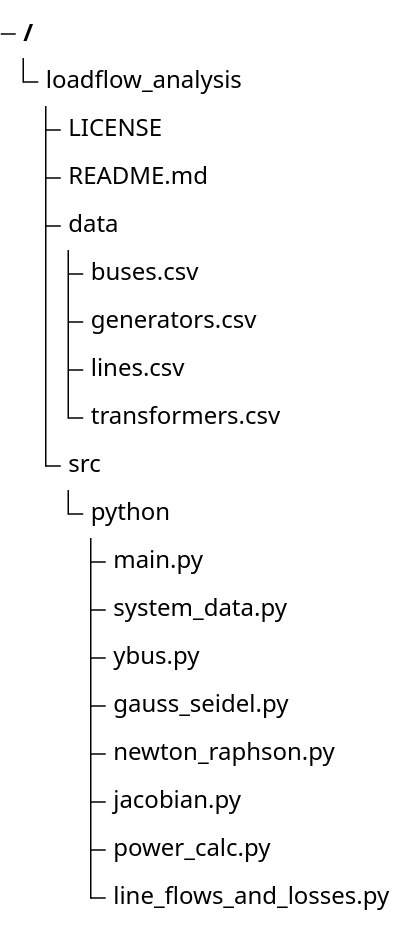
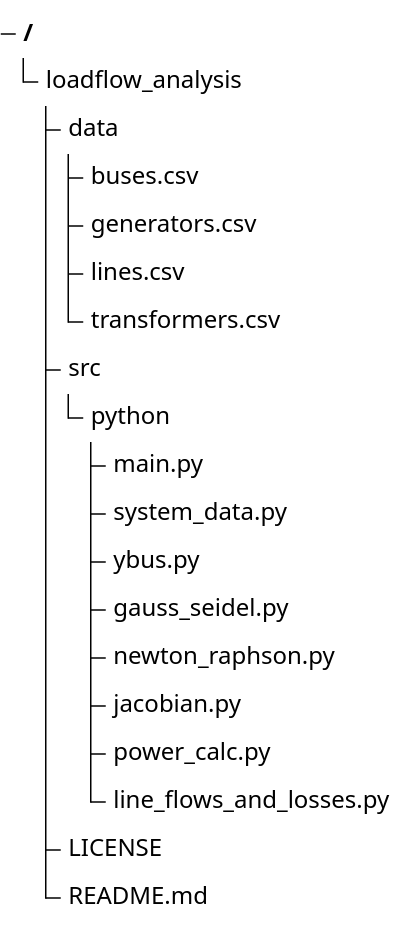
Before and after one commit to sai-power-systems/loadflow-analysis-toolkit: the diagram in README.md, drawn with Mermaid.

Commit message:
treeview3

````diff
--- a/README.md
+++ b/README.md
@@ -23,24 +23,24 @@
 ```mermaid
 treeView-beta
-  loadflow_analysis
-    LICENSE
-    README.md
-    data
-      buses.csv
-      generators.csv
-      lines.csv
-      transformers.csv
-    src
-      python
-        main.py
-        system_data.py
-        ybus.py
-        gauss_seidel.py
-        newton_raphson.py
-        jacobian.py
-        power_calc.py
-        line_flows_and_losses.py
+  ┣━━ loadflow_analysis
+    ┣━━ data
+    ┃   ┣━━ buses.csv
+    ┃   ┣━━ generators.csv
+    ┃   ┣━━ lines.csv
+    ┃   ┗━━ transformers.csv
+    ┣━━ src
+    ┃   ┗━━ python
+    ┃       ┣━━ main.py
+    ┃       ┣━━ system_data.py
+    ┃       ┣━━ ybus.py
+    ┃       ┣━━ gauss_seidel.py
+    ┃       ┣━━ newton_raphson.py
+    ┃       ┣━━ jacobian.py
+    ┃       ┣━━ power_calc.py
+    ┃       ┗━━ line_flows_and_losses.py
+    ┣━━ LICENSE
+    ┗━━ README.md
 
 
 
 ```
````
